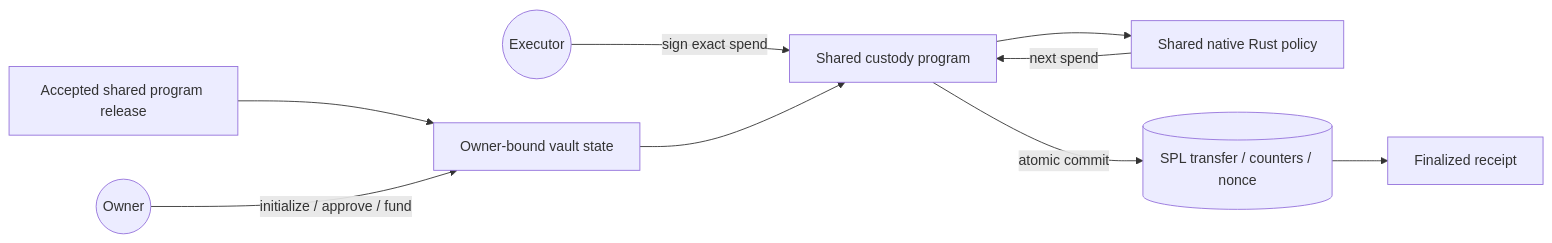
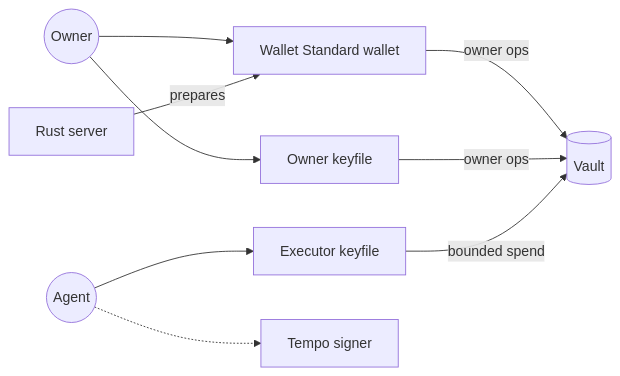
The fifth of 8 diagrams in docs/architecture.md (AllowIt-hq/Colosseum), drawn with Mermaid before and after one commit. The commit also changed other lines of this file and 4 other files, not shown here.

Commit message:
docs: explain architecture decisions and hackathon requirements

````diff
--- a/docs/architecture.md
+++ b/docs/architecture.md
@@ -61,11 +130,11 @@
 ```mermaid
 flowchart LR
-    Release[Accepted shared program release] --> Instance[Owner-bound vault state]
-    Owner((Owner)) -->|initialize / approve / fund| Instance
-    Executor((Executor)) -->|sign exact spend| Custody[Shared custody program]
-    Instance --> Custody
-    Custody --> Policy[Shared native Rust policy]
-    Policy -->|next spend| Custody
-    Custody -->|atomic commit| State[(SPL transfer / counters / nonce)]
-    State --> Receipt[Finalized receipt]
+    Owner((Owner)) --> BW[Wallet Standard wallet]
+    Owner --> OK[Owner keyfile]
+    Agent((Agent)) --> EK[Executor keyfile]
+    Server[Rust server] -->|prepares| BW
+    BW -->|owner ops| Vault[(Vault)]
+    OK -->|owner ops| Vault
+    EK -->|bounded spend| Vault
+    Agent -.-> TS[Tempo signer]
 ```
````
